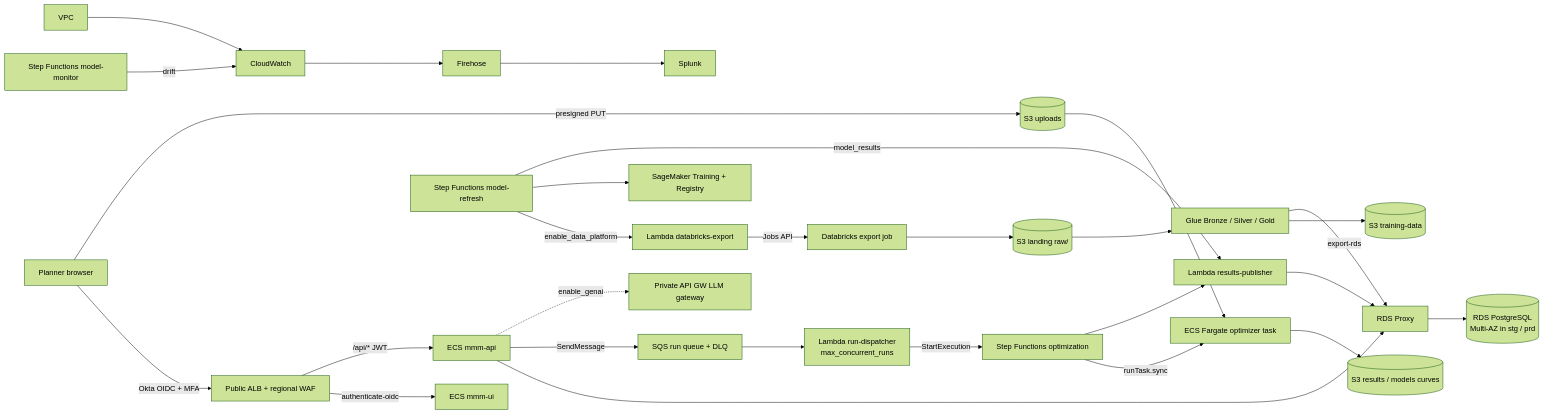
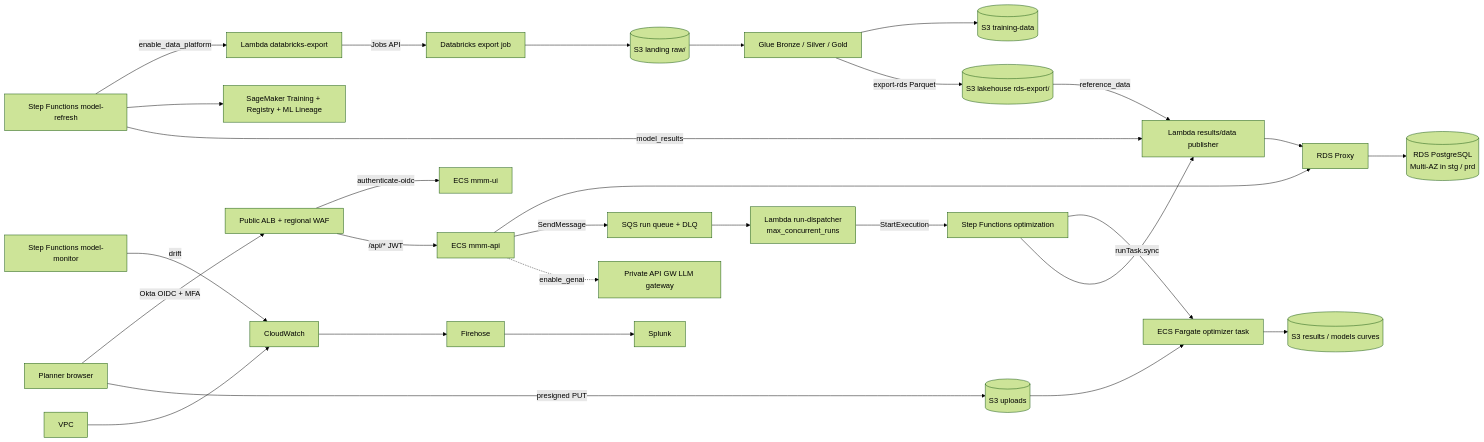
The diagram in README.md (Yashwanth-wbd/wbd-aws-devops), drawn with Mermaid (forest theme) before and after one commit. The commit also changed 48 other files, not shown here.

First line of the commit message:
Implement requirement 5 (WBD_MMM_Architecture_5): Gold to RDS via publisher, SageMaker lineage, optional CloudTrail data events

````diff
--- a/README.md
+++ b/README.md
@@ -39,27 +39,28 @@
 ```mermaid
 flowchart LR
   user[Planner browser] -->|Okta OIDC + MFA| alb[Public ALB + regional WAF]
   alb -->|authenticate-oidc| ui[ECS mmm-ui]
   alb -->|/api/* JWT| api[ECS mmm-api]
   api --> proxy[RDS Proxy] --> rds[(RDS PostgreSQL<br/>Multi-AZ in stg / prd)]
   api -->|SendMessage| sqs[SQS run queue + DLQ]
   sqs --> disp[Lambda run-dispatcher<br/>max_concurrent_runs]
   disp -->|StartExecution| sfn[Step Functions optimization]
   user -->|presigned PUT| up[(S3 uploads)]
   sfn -->|runTask.sync| opt[ECS Fargate optimizer task]
   up --> opt
   opt --> s3res[(S3 results / models curves)]
-  sfn --> pub[Lambda results-publisher]
+  sfn --> pub[Lambda results/data publisher]
   pub --> proxy
   refresh[Step Functions model-refresh] -->|enable_data_platform| exp[Lambda databricks-export]
   exp -->|Jobs API| dbx[Databricks export job]
   dbx --> land[(S3 landing raw/)]
   land --> glue[Glue Bronze / Silver / Gold]
   glue --> td[(S3 training-data)]
-  glue -->|export-rds| proxy
-  refresh --> train[SageMaker Training + Registry]
+  glue -->|export-rds Parquet| rx[(S3 lakehouse rds-export/)]
+  rx -->|reference_data| pub
+  refresh --> train[SageMaker Training + Registry + ML Lineage]
   refresh -->|model_results| pub
   monitor[Step Functions model-monitor] -->|drift| cw
   vpc[VPC] --> cw[CloudWatch] --> fh[Firehose] --> splunk[Splunk]
   api -. enable_genai .-> llm[Private API GW LLM gateway]
 ```
````
